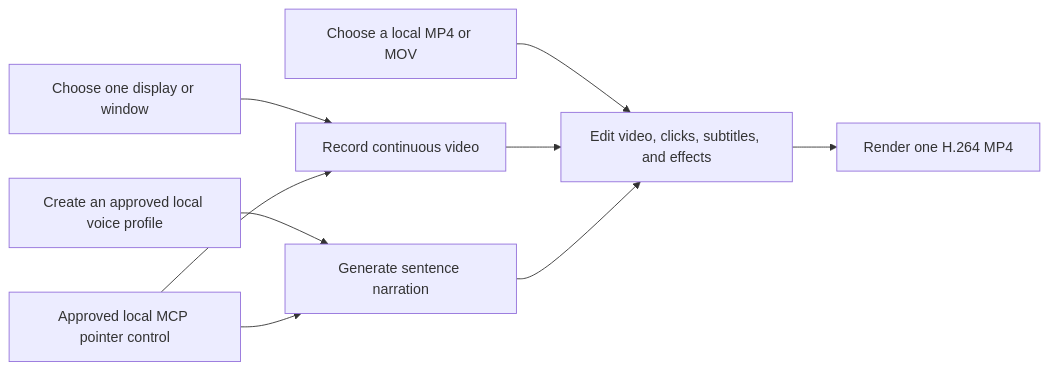
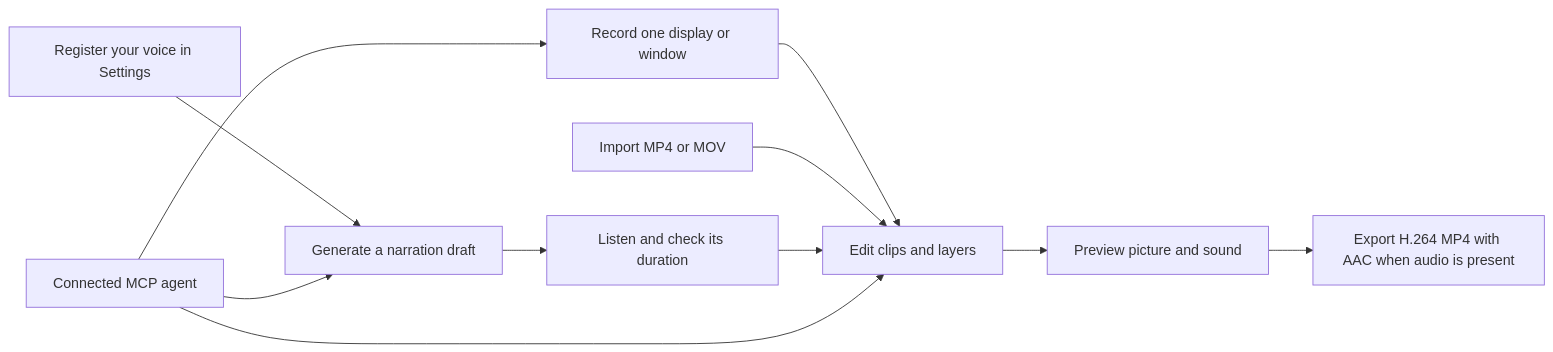
Before and after one commit to haandol/storybird: the diagram in README.md, drawn with Mermaid. The commit also changed other lines of this file, not shown here.

````diff
--- a/README.md
+++ b/README.md
@@ -20,11 +34,13 @@
 ```mermaid
 flowchart LR
-    Source["Choose one display or window"] --> Record["Record continuous video"]
-    Import["Choose a local MP4 or MOV"] --> Timeline["Edit video, clicks, subtitles, and effects"]
-    Record --> Timeline
-    Voice["Create an approved local voice profile"] --> Narration["Generate sentence narration"]
-    Narration --> Timeline
-    Timeline --> Export["Render one H.264 MP4"]
-    Agent["Approved local MCP pointer control"] --> Record
-    Agent --> Narration
+    Record[Record one display or window] --> Edit[Edit clips and layers]
+    Import[Import MP4 or MOV] --> Edit
+    Profile[Register your voice in Settings] --> Draft[Generate a narration draft]
+    Draft --> Listen[Listen and check its duration]
+    Listen --> Edit
+    Edit --> Preview[Preview picture and sound]
+    Preview --> Export[Export H.264 MP4 with AAC when audio is present]
+    Agent[Connected MCP agent] --> Record
+    Agent --> Draft
+    Agent --> Edit
 ```
````
